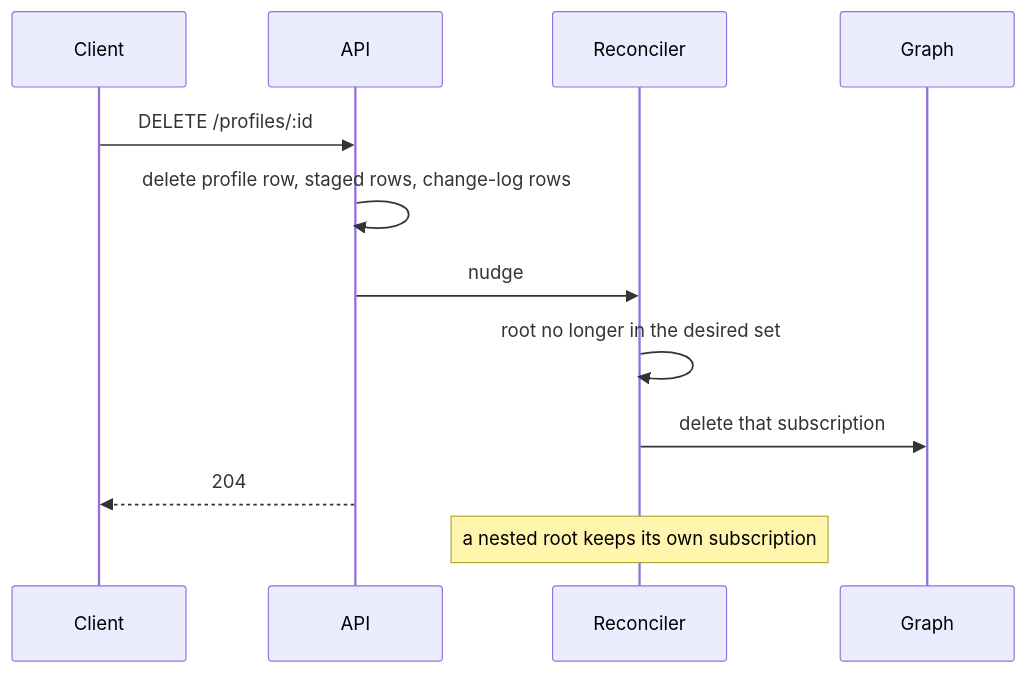
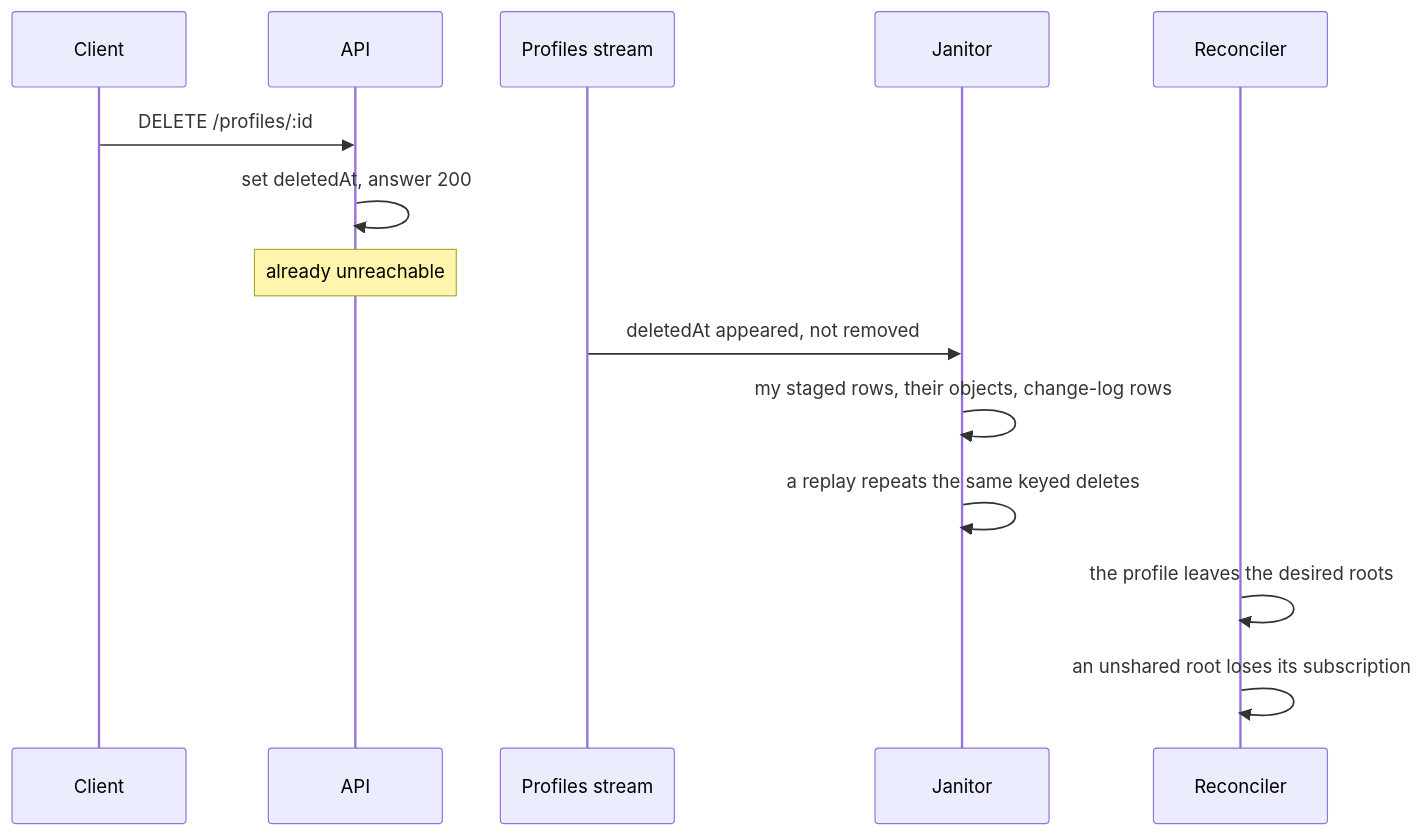
The sixth of 9 diagrams in docs/sync-lifecycle.md (jaybeeuu/petroglyph), drawn with Mermaid before and after one commit. The commit also changed other lines of this file, not shown here.

````diff
--- a/docs/sync-lifecycle.md
+++ b/docs/sync-lifecycle.md
@@ -157,14 +157,16 @@
 ```mermaid
 sequenceDiagram
   participant C as Client
   participant A as API
+  participant S as Profiles stream
+  participant J as Janitor
   participant R as Reconciler
-  participant G as Graph
   C->>A: DELETE /profiles/:id
-  A->>A: delete profile row, staged rows, change-log rows
-  A->>R: nudge
-  R->>R: root no longer in the desired set
-  R->>G: delete that subscription
-  A-->>C: 204
-  Note over R: a nested root keeps its own subscription
+  A->>A: set deletedAt, answer 200
+  Note over A: already unreachable
+  S->>J: deletedAt appeared, not removed
+  J->>J: my staged rows, their objects, change-log rows
+  J->>J: a replay repeats the same keyed deletes
+  R->>R: the profile leaves the desired roots
+  R->>R: an unshared root loses its subscription
 ```
````
